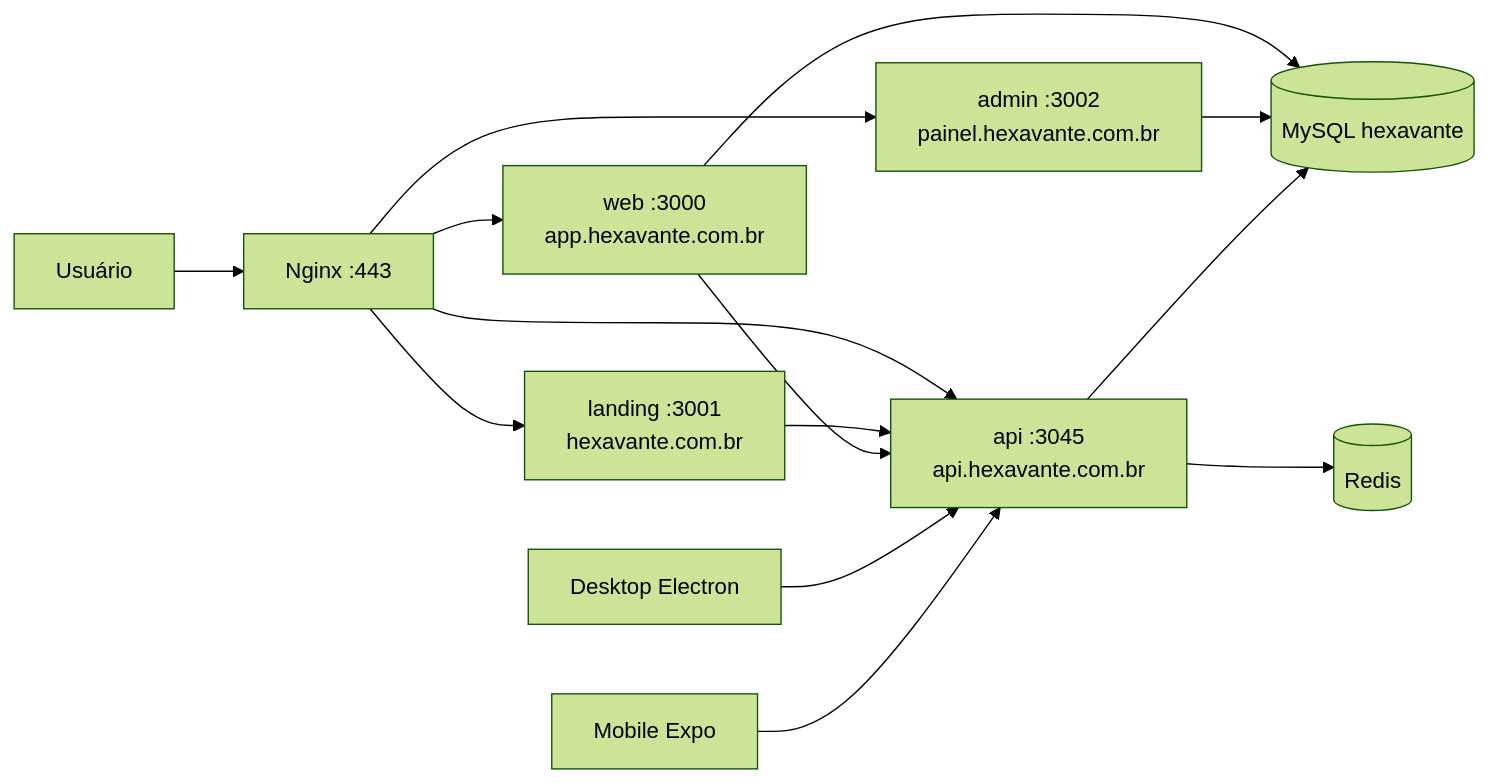
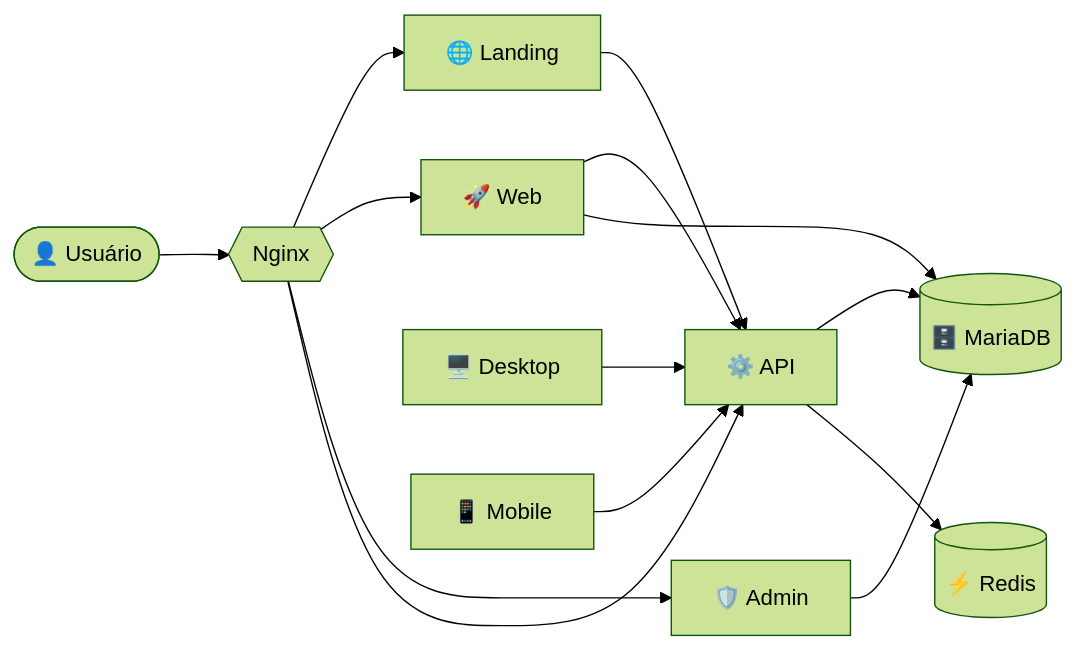
One commit to Hexavante/Hexavante changed the diagram in README.md. Above: the diagram before and after it, drawn with Mermaid (forest theme). The commit also changed other lines of this file, not shown here.

````diff
--- a/README.md
+++ b/README.md
@@ -131,16 +128,19 @@
 ```mermaid
 flowchart LR
-    U[Usuário] --> N[Nginx :443]
-    N --> L[landing :3001\nhexavante.com.br]
-    N --> W[web :3000\napp.hexavante.com.br]
-    N --> A[admin :3002\npainel.hexavante.com.br]
-    N --> API[api :3045\napi.hexavante.com.br]
+    U([👤 Usuário]) --> N{{Nginx}}
+
+    N --> L[🌐 Landing]
+    N --> W[🚀 Web]
+    N --> A[🛡️ Admin]
+    N --> API[⚙️ API]
+
+    D[🖥️ Desktop] --> API
+    M[📱 Mobile] --> API
     L --> API
     W --> API
-    D[Desktop Electron] --> API
-    M[Mobile Expo] --> API
-    W --> DB[(MySQL hexavante)]
+
+    W --> DB[(🗄️ MariaDB)]
     A --> DB
     API --> DB
-    API --> R[(Redis)]
+    API --> R[(⚡ Redis)]
 ```
````
